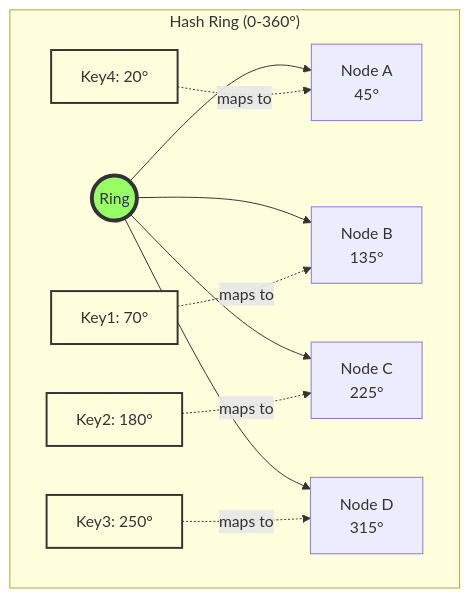
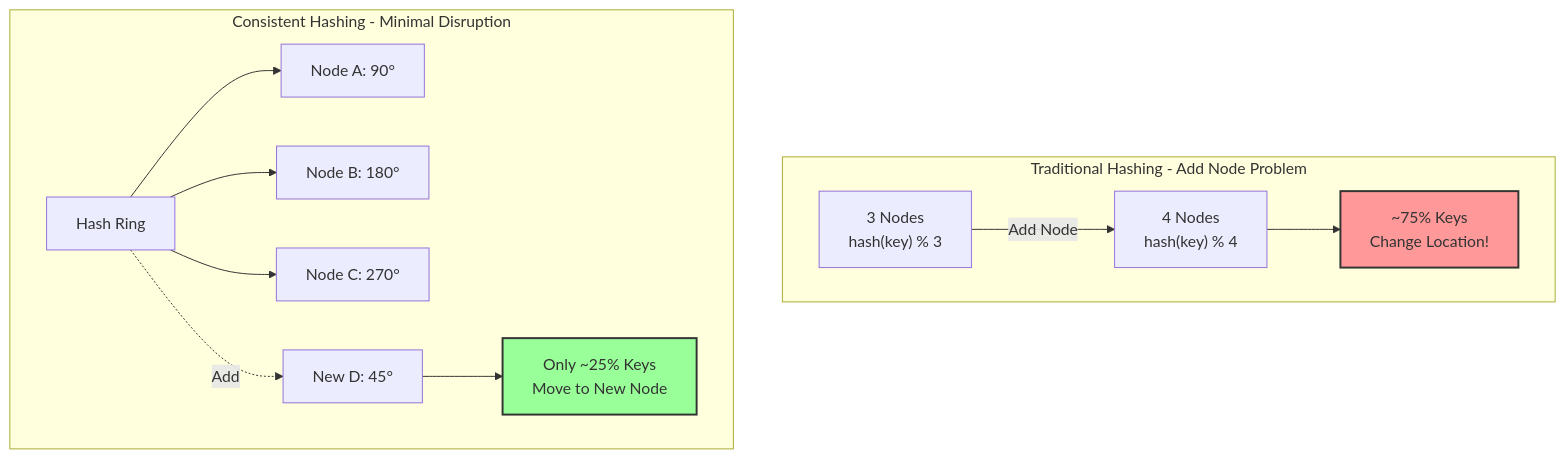
Before and after one commit to deepaucksharma/DStudio: the first of 4 diagrams in docs/pattern-library/data-management/consistent-hashing.md, drawn with Mermaid. The commit also changed other lines of this file and 12 other files, not shown here.

````diff
--- a/docs/pattern-library/data-management/consistent-hashing.md
+++ b/docs/pattern-library/data-management/consistent-hashing.md
@@ -105,31 +115,31 @@
 ```mermaid
 graph TB
-    subgraph "Hash Ring (0-360°)"
-        R((Ring))
-        N1[Node A<br/>45°]
-        N2[Node B<br/>135°]
-        N3[Node C<br/>225°]
-        N4[Node D<br/>315°]
+    subgraph "Traditional Hashing - Add Node Problem"
+        Before["3 Nodes<br/>hash(key) % 3"]
+        After["4 Nodes<br/>hash(key) % 4"]
+        Chaos["~75% Keys<br/>Change Location!"]
         
-        K1[Key1: 70°]
-        K2[Key2: 180°]
-        K3[Key3: 250°]
-        K4[Key4: 20°]
+        Before -->|Add Node| After
+        After --> Chaos
+        
+        style Chaos fill:#f99,stroke:#333,stroke-width:2px
     end
     
-    R --> N1
-    R --> N2
-    R --> N3
-    R --> N4
-    
-    K1 -.->|maps to| N2
-    K2 -.->|maps to| N3
-    K3 -.->|maps to| N4
-    K4 -.->|maps to| N1
-    
-    style R fill:#9f6,stroke:#333,stroke-width:4px
-    style K1 fill:#ffd,stroke:#333,stroke-width:2px
-    style K2 fill:#ffd,stroke:#333,stroke-width:2px
-    style K3 fill:#ffd,stroke:#333,stroke-width:2px
-    style K4 fill:#ffd,stroke:#333,stroke-width:2px
+    subgraph "Consistent Hashing - Minimal Disruption"
+        Ring["Hash Ring"]
+        Node1["Node A: 90°"]
+        Node2["Node B: 180°"]
+        Node3["Node C: 270°"]
+        NewNode["New D: 45°"]
+        
+        Ring --> Node1
+        Ring --> Node2
+        Ring --> Node3
+        Ring -.->|Add| NewNode
+        
+        Migrate["Only ~25% Keys<br/>Move to New Node"]
+        NewNode --> Migrate
+        
+        style Migrate fill:#9f9,stroke:#333,stroke-width:2px
+    end
 ```
````
